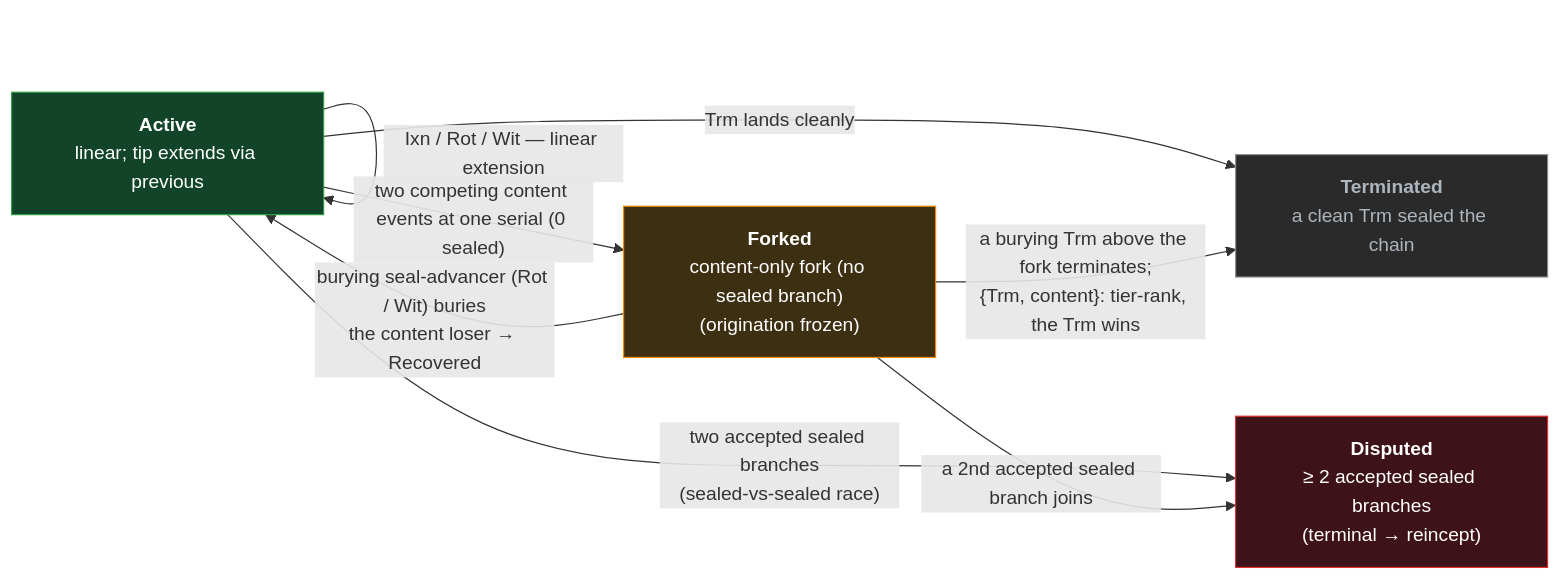
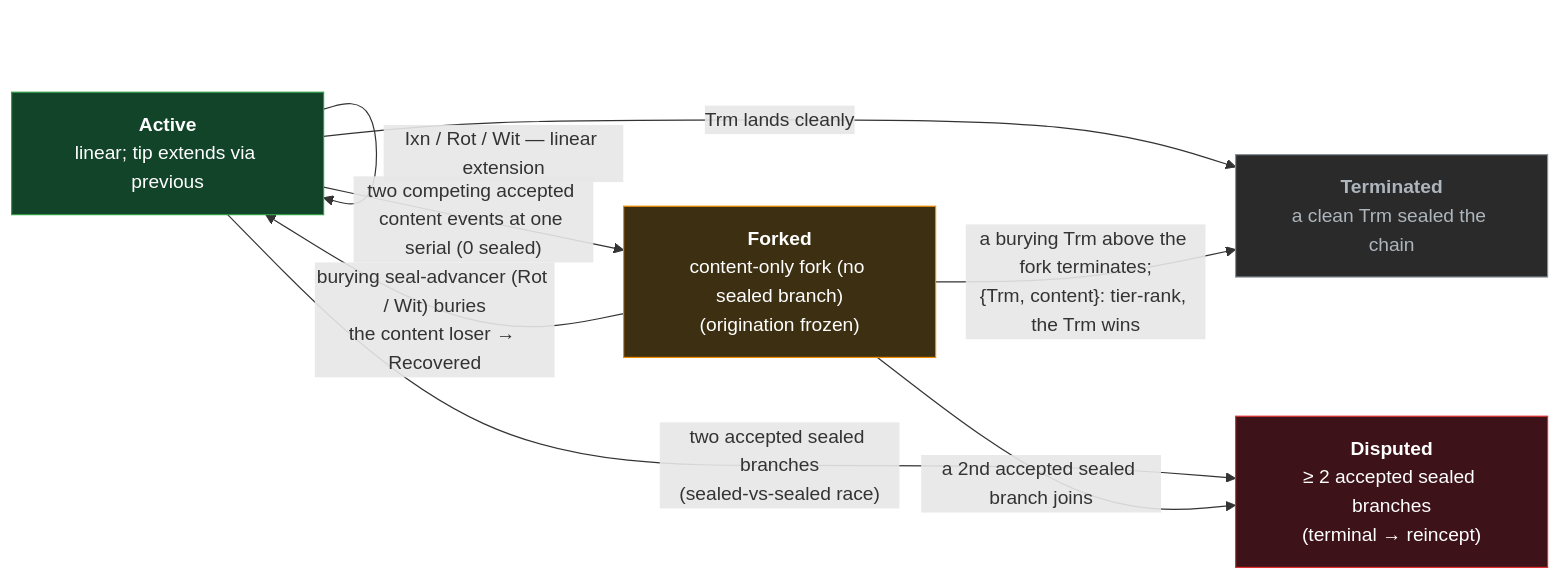
One commit to jasoncolburne/vdti changed the diagram in docs/design/primitives/data/event-logs/kel/log.md. Above: the diagram before and after it, drawn with Mermaid. The commit also changed other lines of this file and 15 other files, not shown here.

````diff
--- a/docs/design/primitives/data/event-logs/kel/log.md
+++ b/docs/design/primitives/data/event-logs/kel/log.md
@@ -59,18 +59,18 @@
 ```mermaid
 flowchart LR
   Active["<b>Active</b><br/>linear; tip extends via previous"]:::good
   Forked["<b>Forked</b><br/>content-only fork (no sealed branch)<br/>(origination frozen)"]:::mid
   Disputed["<b>Disputed</b><br/>≥ 2 accepted sealed branches<br/>(terminal → reincept)"]:::bad
   Terminated["<b>Terminated</b><br/>a clean Trm sealed the chain"]:::dead
   Active -->|"Ixn / Rot / Wit — linear extension"| Active
-  Active -->|"two competing content events at one serial (0 sealed)"| Forked
+  Active -->|"two competing accepted content events at one serial (0 sealed)"| Forked
   Active -->|"two accepted sealed branches<br/>(sealed-vs-sealed race)"| Disputed
   Active -->|"Trm lands cleanly"| Terminated
   Forked -->|"burying seal-advancer (Rot / Wit) buries<br/>the content loser → Recovered"| Active
   Forked -->|"a burying Trm above the fork terminates;<br/>{Trm, content}: tier-rank, the Trm wins"| Terminated
   Forked -->|"a 2nd accepted sealed branch joins"| Disputed
   classDef good fill:#12442a,stroke:#2f9e44,color:#fff
   classDef mid fill:#3d2f12,stroke:#f08c00,color:#fff
   classDef bad fill:#3d1218,stroke:#e03131,color:#fff
   classDef dead fill:#2a2a2a,stroke:#868e96,color:#adb5bd
 ```
````
